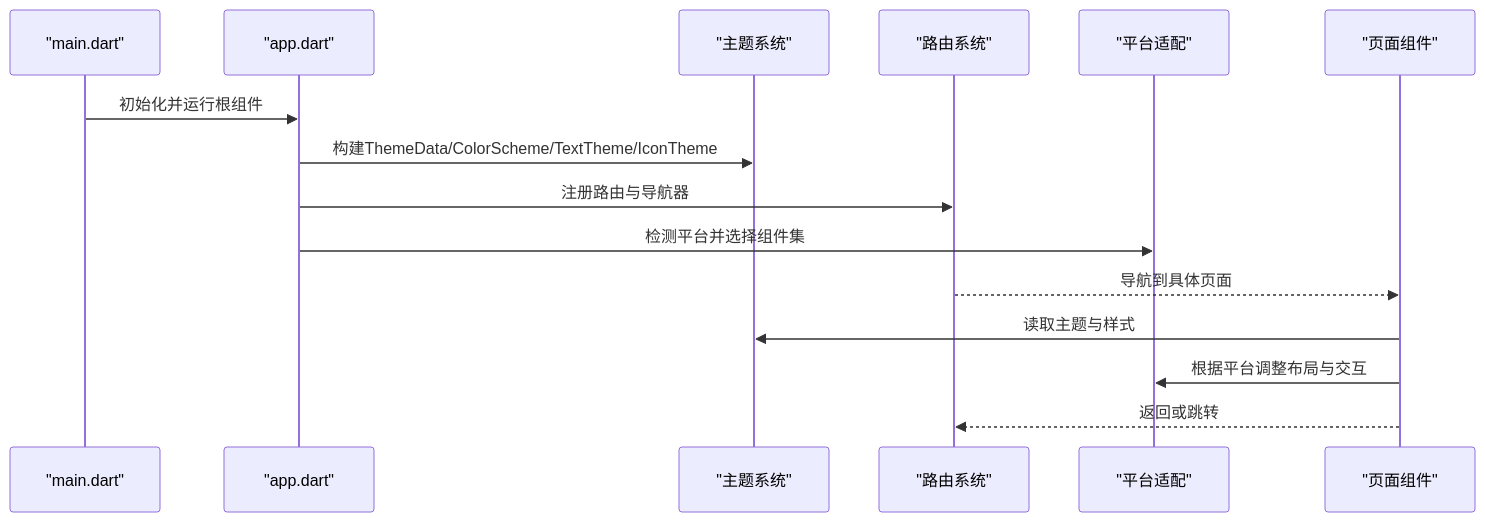
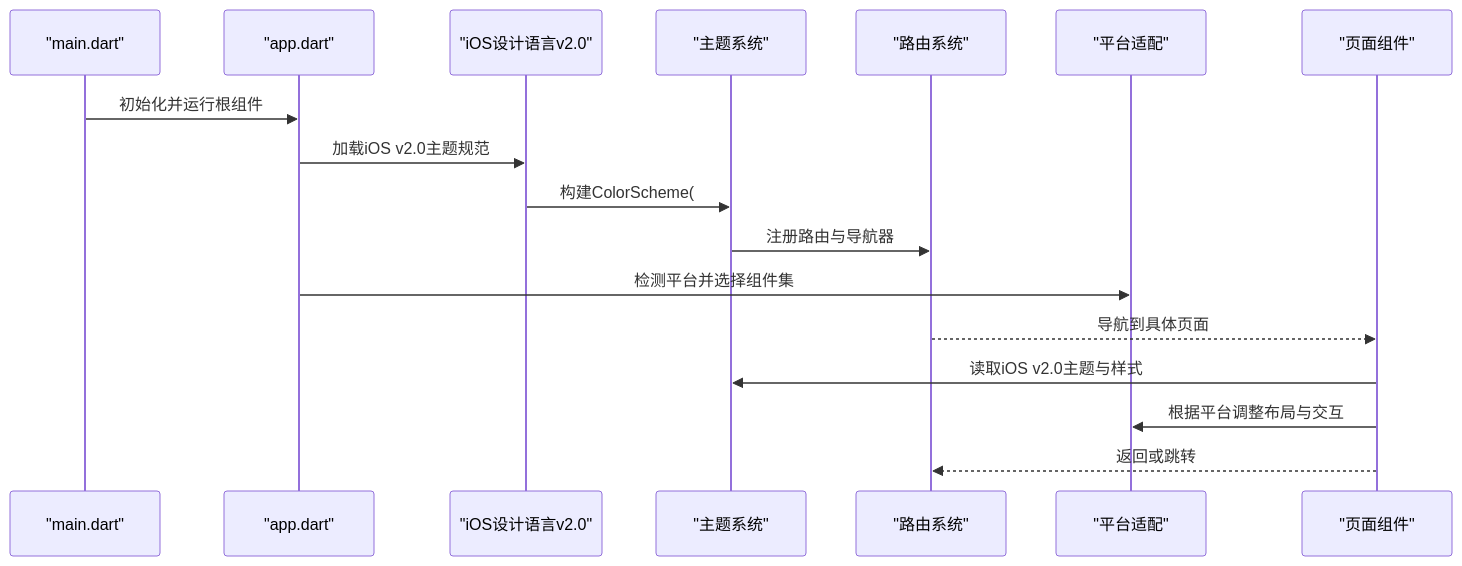
The second of 7 diagrams in .qoder/repowiki/zh/content/主题和样式/多平台样式适配/Flutter Material Components应用.md (ZhangGHGitHub/LegadoTeamFlutter), drawn with Mermaid before and after one commit. The commit also changed other lines of this file and 173 other files, not shown here.

````diff
--- a/.qoder/repowiki/zh/content/主题和样式/多平台样式适配/Flutter Material Components应用.md
+++ b/.qoder/repowiki/zh/content/主题和样式/多平台样式适配/Flutter Material Components应用.md
@@ -85,17 +93,19 @@
 ```mermaid
 sequenceDiagram
 participant Main as "main.dart"
 participant App as "app.dart"
+participant iOSv2 as "iOS设计语言v2.0"
 participant Theme as "主题系统"
 participant Router as "路由系统"
 participant Platform as "平台适配"
 participant Page as "页面组件"
 Main->>App : 初始化并运行根组件
-App->>Theme : 构建ThemeData/ColorScheme/TextTheme/IconTheme
-App->>Router : 注册路由与导航器
+App->>iOSv2 : 加载iOS v2.0主题规范
+iOSv2->>Theme : 构建ColorScheme(#007AFF/#F2F2F7)
+Theme->>Router : 注册路由与导航器
 App->>Platform : 检测平台并选择组件集
 Router-->>Page : 导航到具体页面
-Page->>Theme : 读取主题与样式
+Page->>Theme : 读取iOS v2.0主题与样式
 Page->>Platform : 根据平台调整布局与交互
 Page-->>Router : 返回或跳转
 ```
````
